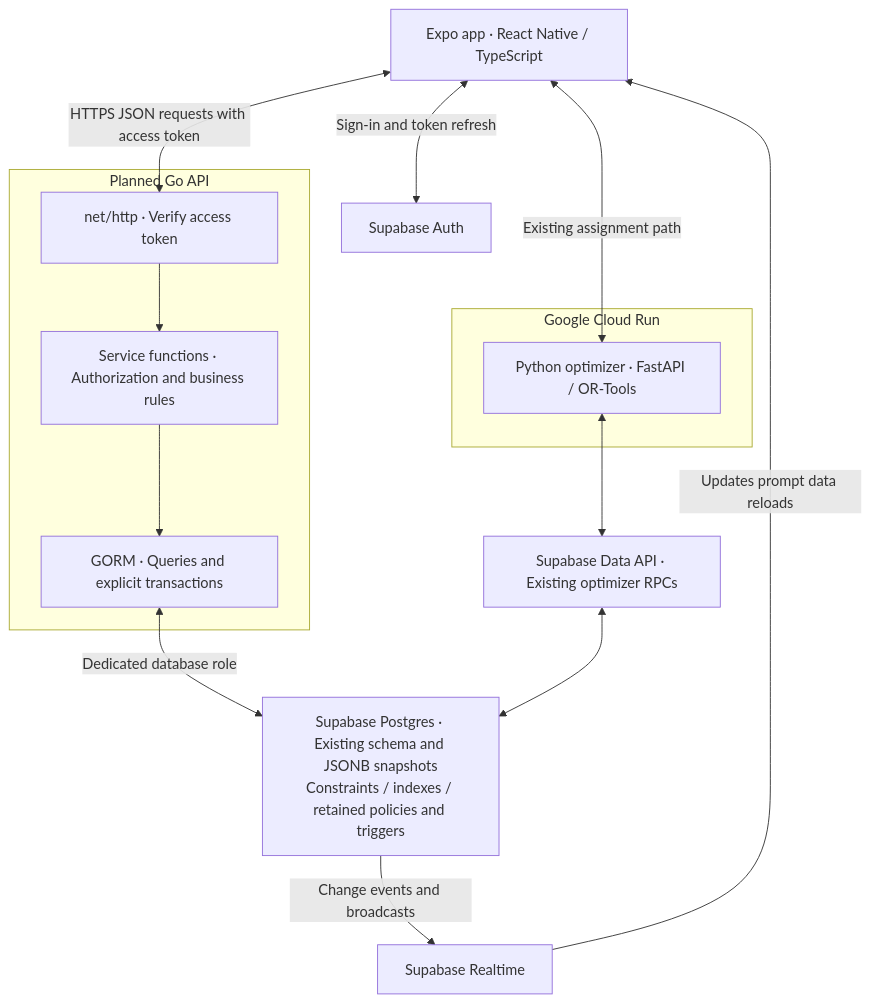
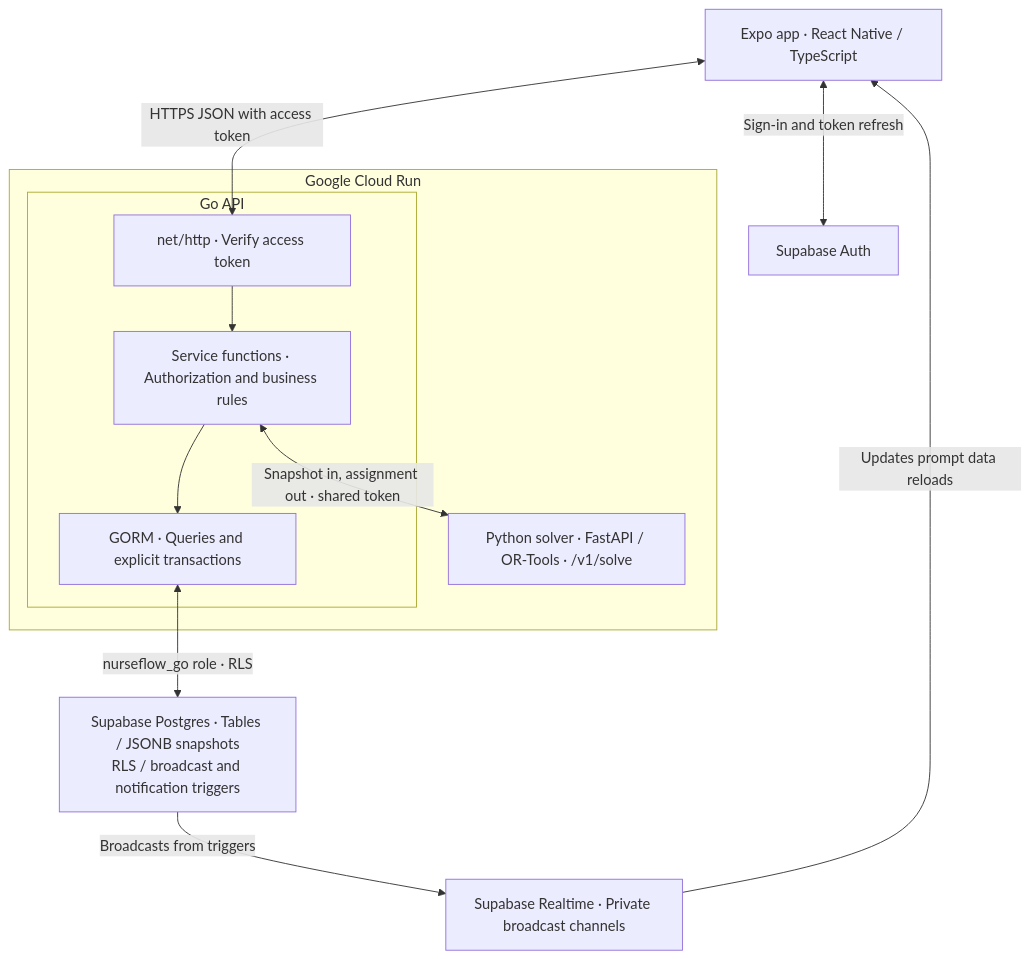
The diagram in README.md (pratham124/nurse-flow), drawn with Mermaid before and after one commit. The commit also changed other lines of this file and 55 other files, not shown here.

````diff
--- a/README.md
+++ b/README.md
@@ -59,26 +29,23 @@
 ```mermaid
 flowchart TD
     App["Expo app · React Native / TypeScript"]
     Auth["Supabase Auth"]
-    subgraph GoAPI["Planned Go API"]
-        HTTP["net/http · Verify access token"]
-        Service["Service functions · Authorization and business rules"]
-        ORM["GORM · Queries and explicit transactions"]
-        HTTP --> Service --> ORM
+    subgraph CloudRun["Google Cloud Run"]
+        subgraph GoAPI["Go API"]
+            HTTP["net/http · Verify access token"]
+            Service["Service functions · Authorization and business rules"]
+            ORM["GORM · Queries and explicit transactions"]
+            HTTP --> Service --> ORM
+        end
+        Solver["Python solver · FastAPI / OR-Tools · /v1/solve"]
     end
-    DB["Supabase Postgres · Existing schema and JSONB snapshots<br/>Constraints / indexes / retained policies and triggers"]
-    Realtime["Supabase Realtime"]
-    subgraph CloudRun["Google Cloud Run"]
-        Optimizer["Python optimizer · FastAPI / OR-Tools"]
-    end
-    API["Supabase Data API · Existing optimizer RPCs"]
+    DB["Supabase Postgres · Tables / JSONB snapshots<br/>RLS / broadcast and notification triggers"]
+    Realtime["Supabase Realtime · Private broadcast channels"]
 
     App <-->|"Sign-in and token refresh"| Auth
-    App <-->|"HTTPS JSON requests with access token"| HTTP
-    ORM <-->|"Dedicated database role"| DB
-    App <-->|"Existing assignment path"| Optimizer
-    Optimizer <--> API
-    API <--> DB
-    DB -->|"Change events and broadcasts"| Realtime
+    App <-->|"HTTPS JSON with access token"| HTTP
+    ORM <-->|"nurseflow_go role · RLS"| DB
+    Service <-->|"Snapshot in, assignment out · shared token"| Solver
+    DB -->|"Broadcasts from triggers"| Realtime
     Realtime -->|"Updates prompt data reloads"| App
 ```
````
